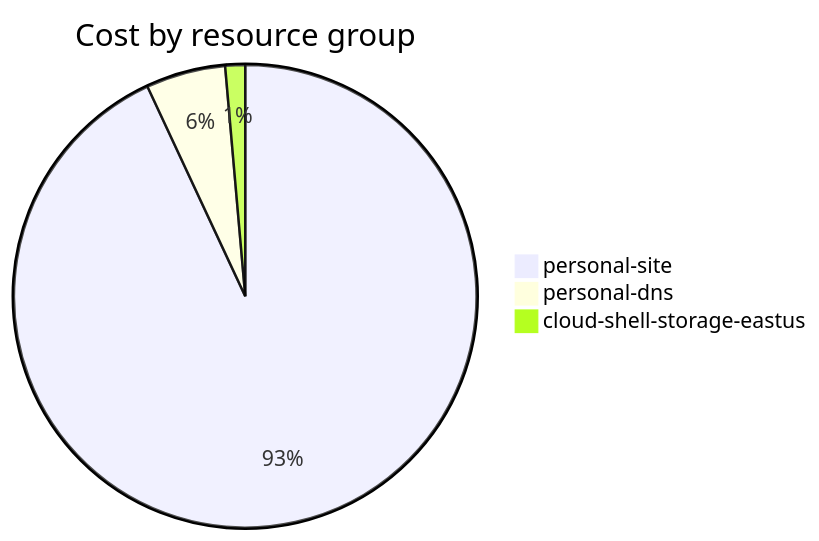
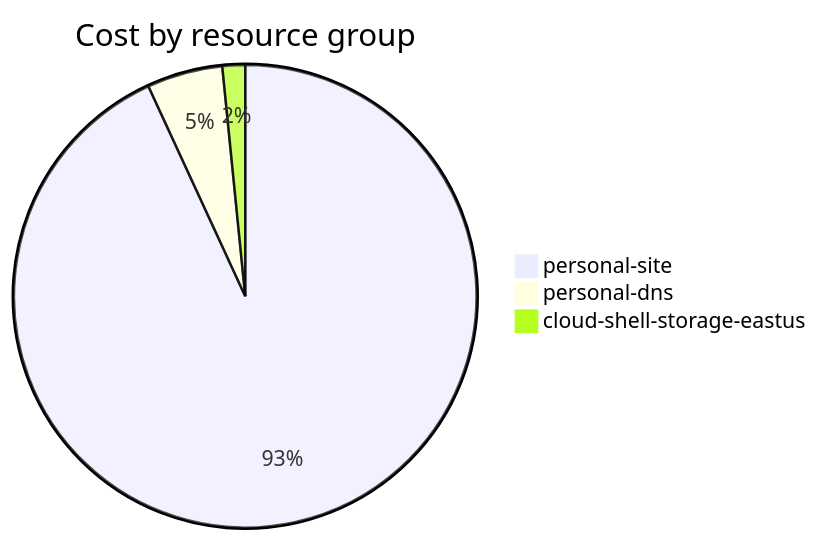
One commit to jpfulton/azure-personal-reports changed the fourth of 4 diagrams in cost-reports/accumulated-cost.md. Above: the diagram before and after it, drawn with Mermaid. The commit also changed other lines of this file and 4 other files, not shown here.

````diff
--- a/cost-reports/accumulated-cost.md
+++ b/cost-reports/accumulated-cost.md
@@ -139,7 +139,7 @@
 ```mermaid
 pie
    title Cost by resource group
-   "personal-site" : 1.34
-   "personal-dns" : 0.08
-   "cloud-shell-storage-eastus" : 0.02
+   "personal-site" : 1.76
+   "personal-dns" : 0.10
+   "cloud-shell-storage-eastus" : 0.03
 ```
````
